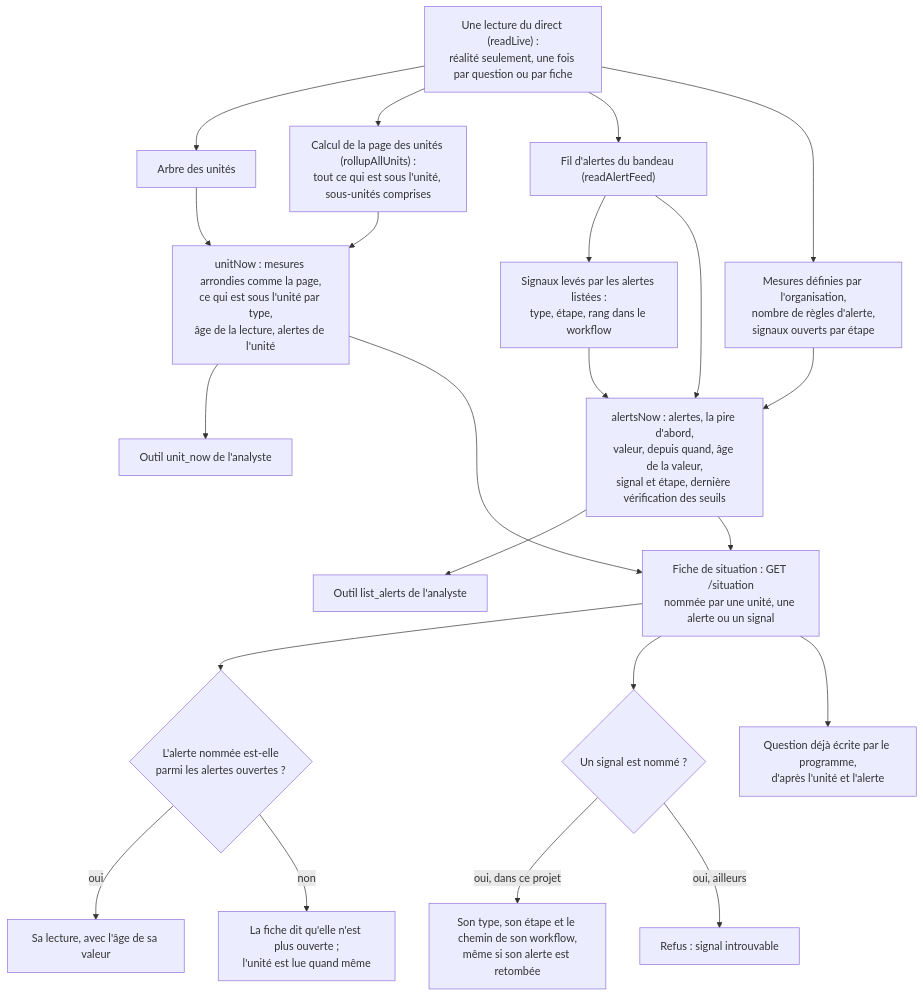
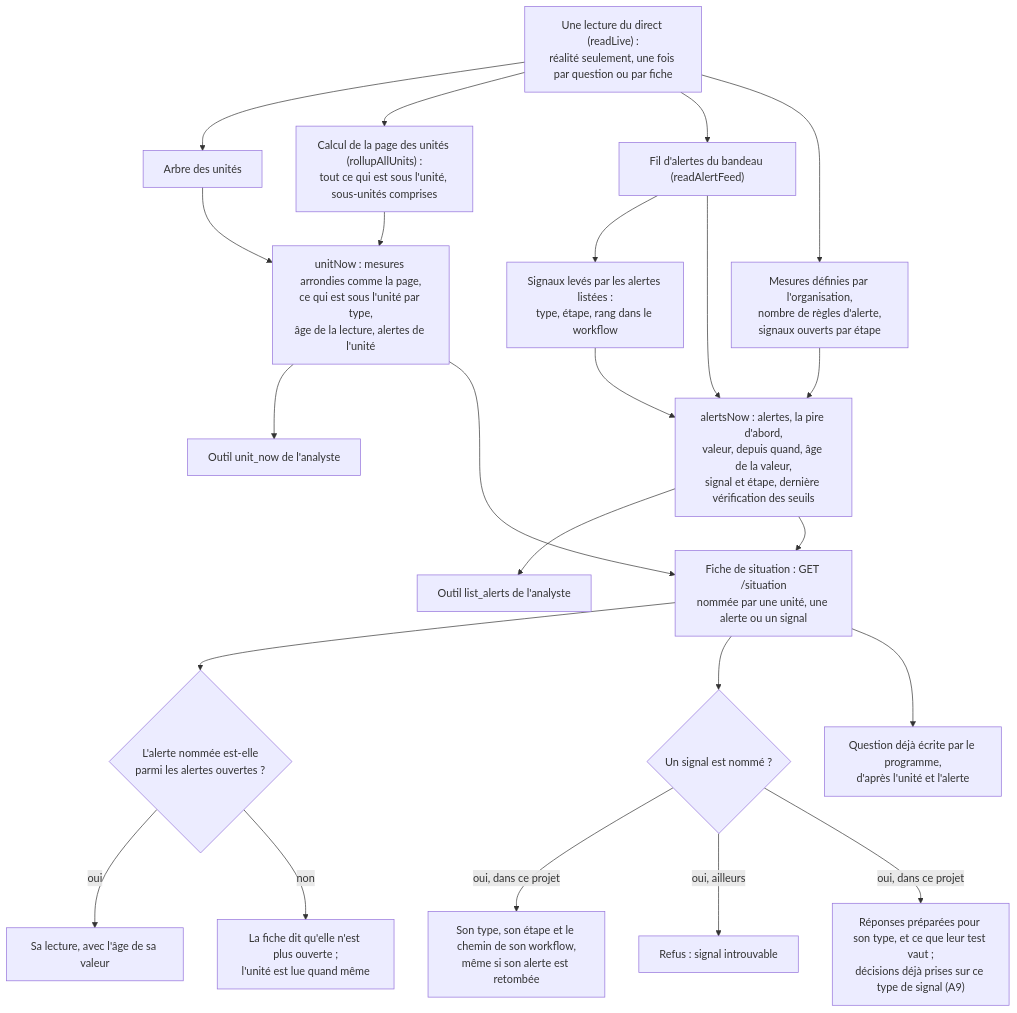
Before and after one commit to V1ktor7/obscyro: diagram 32 of 32 in docs/algorithms.md, drawn with Mermaid. The commit also changed other lines of this file and 31 other files, not shown here.

First line of the commit message:
feat(studio): des réponses préparées par type de signal, engagées d'un clic

````diff
--- a/docs/algorithms.md
+++ b/docs/algorithms.md
@@ -908,24 +939,25 @@
 ```mermaid
 flowchart TD
     A["Une lecture du direct (readLive) :<br/>réalité seulement, une fois par question ou par fiche"] --> B["Arbre des unités"]
     A --> C["Calcul de la page des unités (rollupAllUnits) :<br/>tout ce qui est sous l'unité, sous-unités comprises"]
     A --> D["Fil d'alertes du bandeau (readAlertFeed)"]
     A --> E["Mesures définies par l'organisation,<br/>nombre de règles d'alerte,<br/>signaux ouverts par étape"]
     D --> F["Signaux levés par les alertes listées :<br/>type, étape, rang dans le workflow"]
     B --> G["unitNow : mesures arrondies comme la page,<br/>ce qui est sous l'unité par type,<br/>âge de la lecture, alertes de l'unité"]
     C --> G
     D --> H["alertsNow : alertes, la pire d'abord,<br/>valeur, depuis quand, âge de la valeur,<br/>signal et étape, dernière vérification des seuils"]
     E --> H
     F --> H
     G --> I["Outil unit_now de l'analyste"]
     H --> J["Outil list_alerts de l'analyste"]
     G --> K["Fiche de situation : GET /situation<br/>nommée par une unité, une alerte ou un signal"]
     H --> K
     K --> L{"L'alerte nommée est-elle<br/>parmi les alertes ouvertes ?"}
     L -->|"oui"| M["Sa lecture, avec l'âge de sa valeur"]
     L -->|"non"| N["La fiche dit qu'elle n'est plus ouverte ;<br/>l'unité est lue quand même"]
     K --> O{"Un signal est nommé ?"}
     O -->|"oui, dans ce projet"| P["Son type, son étape et le chemin de son workflow,<br/>même si son alerte est retombée"]
     O -->|"oui, ailleurs"| Q["Refus : signal introuvable"]
     K --> R["Question déjà écrite par le programme,<br/>d'après l'unité et l'alerte"]
+    O -->|"oui, dans ce projet"| S["Réponses préparées pour son type, et ce que leur test vaut ;<br/>décisions déjà prises sur ce type de signal (A9)"]
 ```
````
